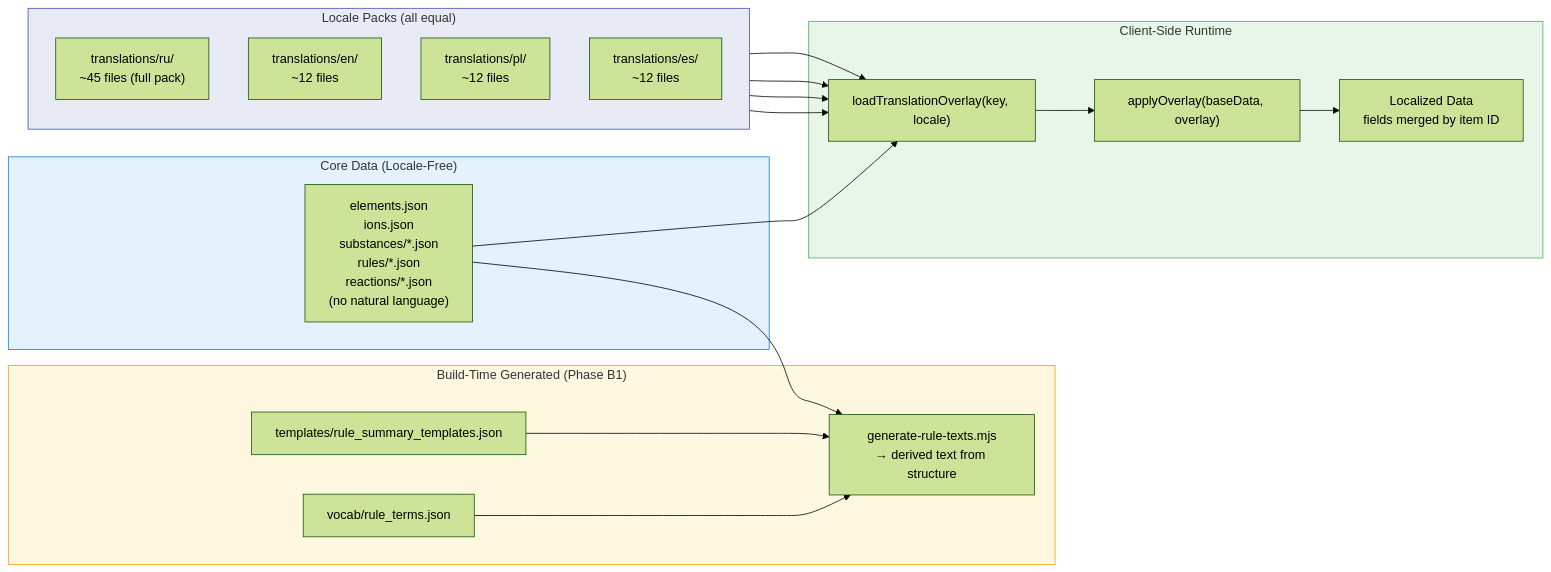
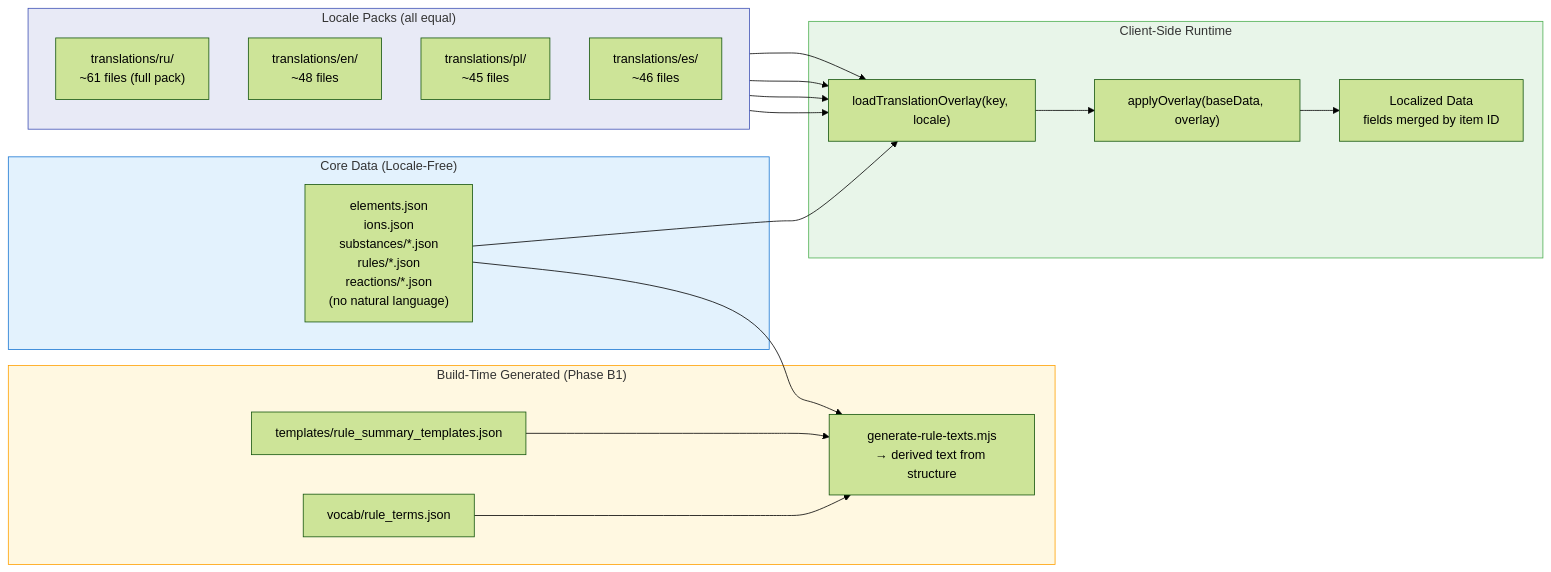
One commit to dronsv/chemistry-no-magic changed the fifth of 10 diagrams in docs/ontology-map.md. Above: the diagram before and after it, drawn with Mermaid (forest theme). The commit also changed other lines of this file, not shown here.

````diff
--- a/docs/ontology-map.md
+++ b/docs/ontology-map.md
@@ -405,42 +405,42 @@
 ```mermaid
 flowchart LR
     subgraph Base["Core Data (Locale-Free)"]
         BD["elements.json<br/>ions.json<br/>substances/*.json<br/>rules/*.json<br/>reactions/*.json<br/>(no natural language)"]
     end
 
     subgraph Overlays["Locale Packs (all equal)"]
         direction TB
-        RU["translations/ru/<br/>~45 files (full pack)"]
-        EN["translations/en/<br/>~12 files"]
-        PL["translations/pl/<br/>~12 files"]
-        ES["translations/es/<br/>~12 files"]
+        RU["translations/ru/<br/>~61 files (full pack)"]
+        EN["translations/en/<br/>~48 files"]
+        PL["translations/pl/<br/>~45 files"]
+        ES["translations/es/<br/>~46 files"]
     end
 
     subgraph Generated["Build-Time Generated (Phase B1)"]
         VOCAB["vocab/rule_terms.json"]
         TMPL["templates/rule_summary_templates.json"]
         GEN["generate-rule-texts.mjs<br/>→ derived text from structure"]
     end
 
     subgraph Runtime["Client-Side Runtime"]
         LOAD["loadTranslationOverlay(key, locale)"]
         APPLY["applyOverlay(baseData, overlay)"]
         RESULT["Localized Data<br/>fields merged by item ID"]
     end
 
     BD --> LOAD
     RU --> LOAD
     EN --> LOAD
     PL --> LOAD
     ES --> LOAD
     LOAD --> APPLY
     APPLY --> RESULT
     VOCAB --> GEN
     TMPL --> GEN
     BD --> GEN
 
     style Base fill:#e3f2fd,stroke:#1976d2
     style Overlays fill:#e8eaf6,stroke:#3f51b5
     style Generated fill:#fff8e1,stroke:#ffa000
     style Runtime fill:#e8f5e9,stroke:#4caf50
 ```
````
